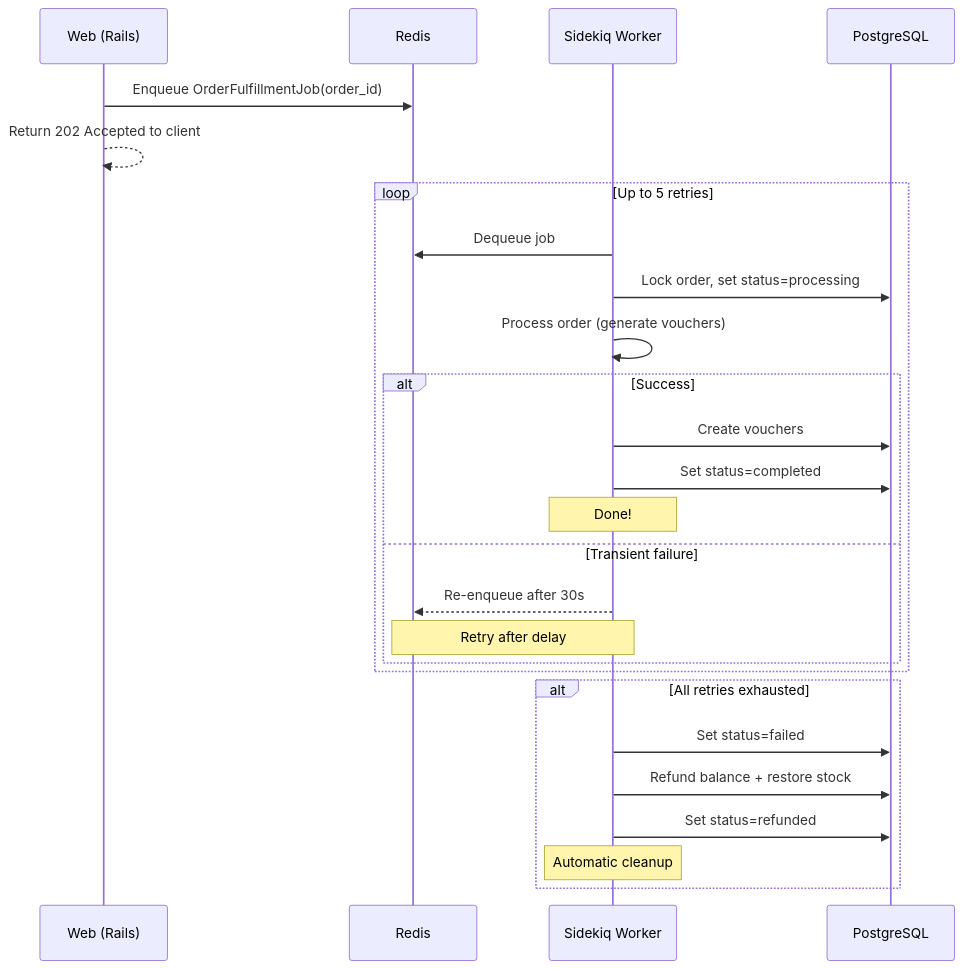
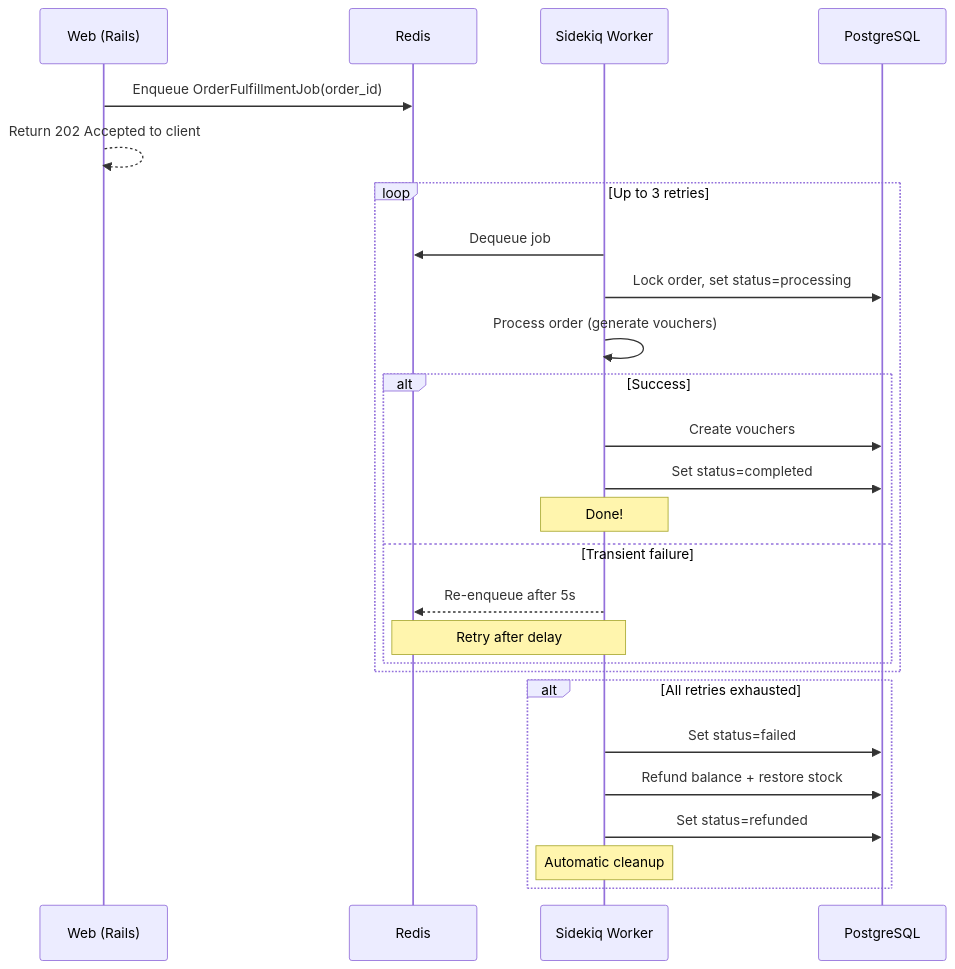
The diagram in docs/background-jobs.md (code-it-samurai/Voucher-Vendor-API-Rails), drawn with Mermaid before and after one commit. The commit also changed other lines of this file and 1 other file, not shown here.

````diff
--- a/docs/background-jobs.md
+++ b/docs/background-jobs.md
@@ -15,32 +15,32 @@
 ```mermaid
 sequenceDiagram
     participant W as Web (Rails)
     participant R as Redis
     participant S as Sidekiq Worker
     participant DB as PostgreSQL
 
     W->>R: Enqueue OrderFulfillmentJob(order_id)
     W-->>W: Return 202 Accepted to client
 
-    loop Up to 5 retries
+    loop Up to 3 retries
         S->>R: Dequeue job
         S->>DB: Lock order, set status=processing
         S->>S: Process order (generate vouchers)
 
         alt Success
             S->>DB: Create vouchers
             S->>DB: Set status=completed
             Note over S: Done!
         else Transient failure
-            S-->>R: Re-enqueue after 30s
+            S-->>R: Re-enqueue after 5s
             Note over S,R: Retry after delay
         end
     end
 
     alt All retries exhausted
         S->>DB: Set status=failed
         S->>DB: Refund balance + restore stock
         S->>DB: Set status=refunded
         Note over S: Automatic cleanup
     end
 ```
````
